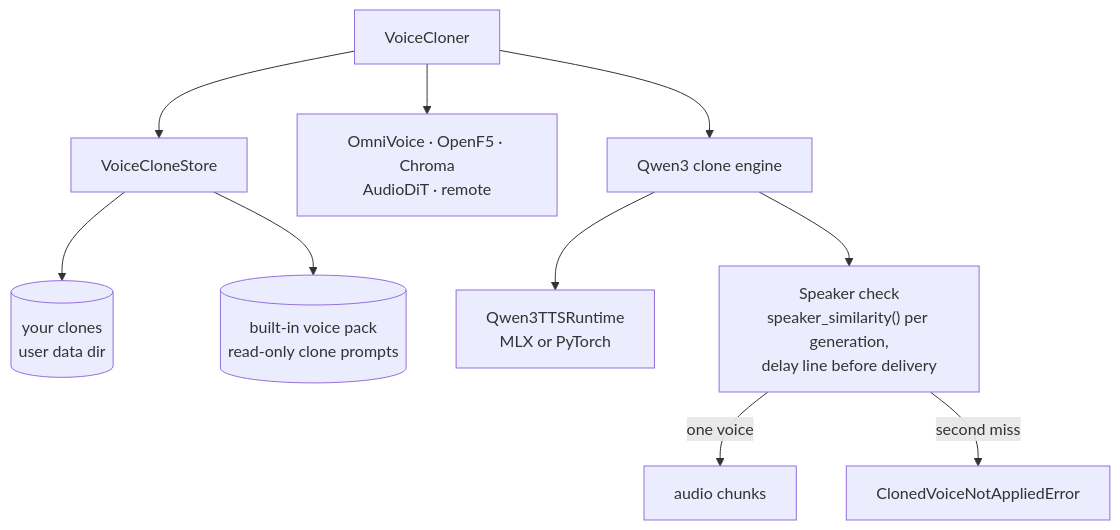
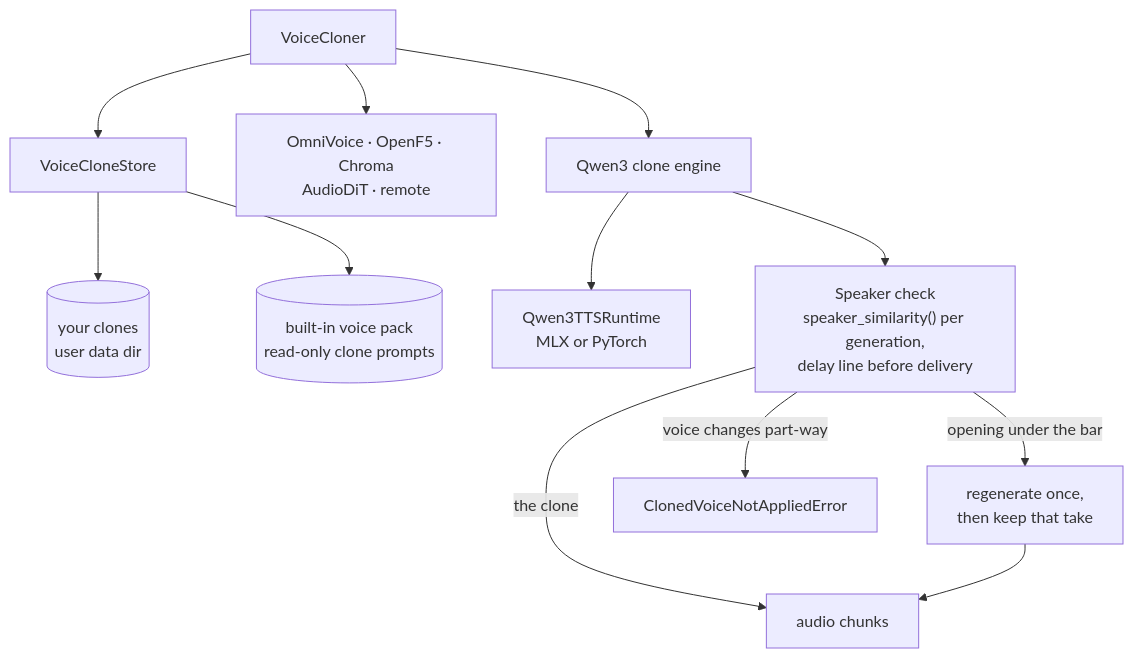
Before and after one commit to lpalbou/AbstractVoice: the third of 5 diagrams in docs/architecture.md, drawn with Mermaid. The commit also changed 5 other files, not shown here.

Commit message:
A cloned reply is never dropped for scoring a little under the clone bar: retry once, then speak that take in the cloned voice (operator ruling 2026-11-05/07); a kept take is judged against its own opening; only a voice change part-way stops

````diff
--- a/docs/architecture.md
+++ b/docs/architecture.md
@@ -61,12 +61,14 @@
 ```mermaid
 flowchart TB
   Cloner["VoiceCloner"] --> Store["VoiceCloneStore"]
   Store --> UserVoices[("your clones<br/>user data dir")]
   Store --> Builtin[("built-in voice pack<br/>read-only clone prompts")]
   Cloner --> OtherClone["OmniVoice · OpenF5 · Chroma<br/>AudioDiT · remote"]
   Cloner --> QwenClone["Qwen3 clone engine"]
   QwenClone --> Runtime["Qwen3TTSRuntime<br/>MLX or PyTorch"]
   QwenClone --> Check["Speaker check<br/>speaker_similarity() per generation,<br/>delay line before delivery"]
-  Check -->|"one voice"| Out["audio chunks"]
-  Check -->|"second miss"| Err["ClonedVoiceNotAppliedError"]
+  Check -->|"the clone"| Out["audio chunks"]
+  Check -->|"opening under the bar"| Retry["regenerate once,<br/>then keep that take"]
+  Retry --> Out
+  Check -->|"voice changes part-way"| Err["ClonedVoiceNotAppliedError"]
 ```
````
